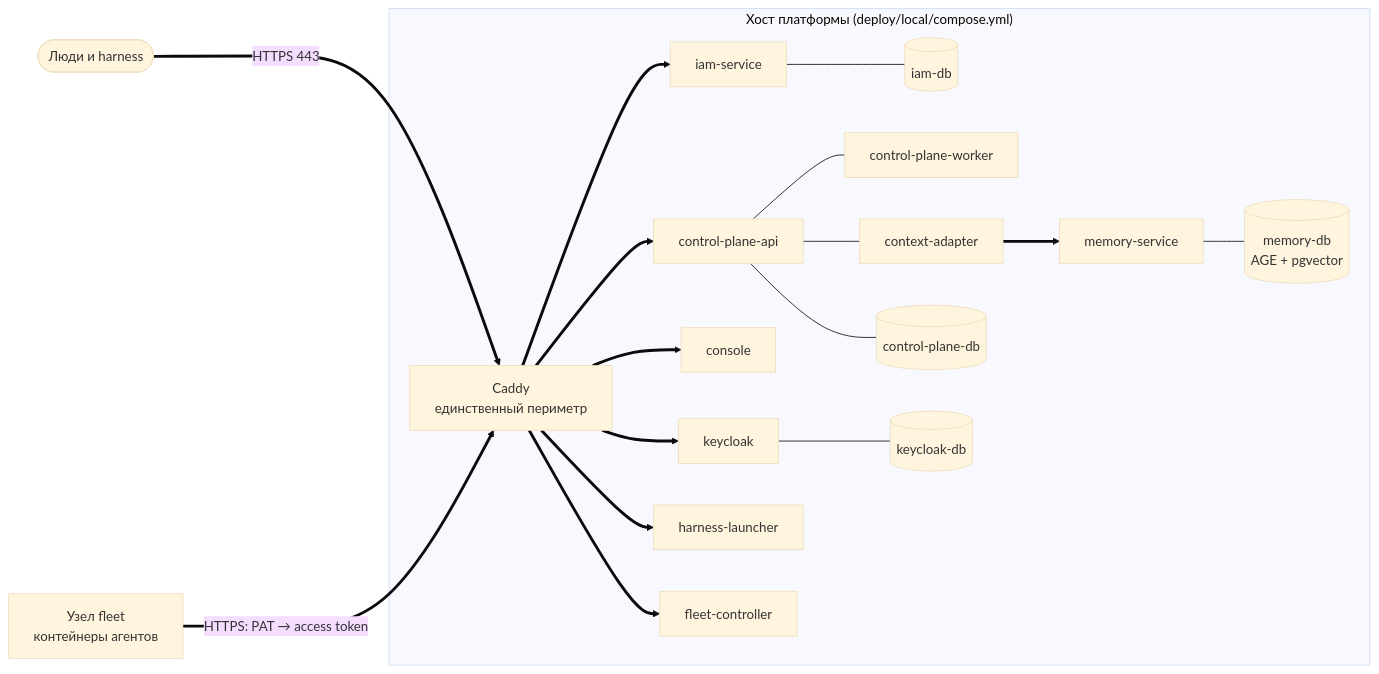
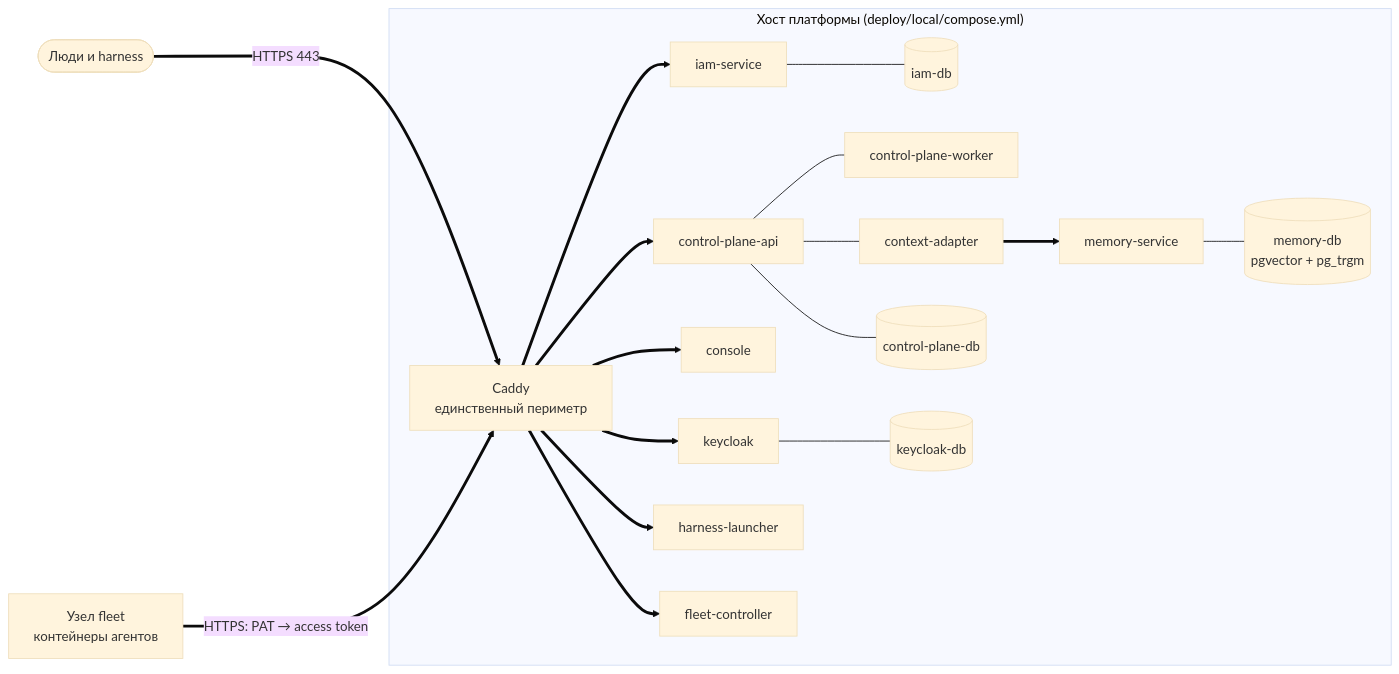
Before and after one commit to taimen-ai/taimen: the diagram in guide/docs/operations/index.ru.md, drawn with Mermaid (base theme). The commit also changed other lines of this file and 33 other files, not shown here.

Commit message:
guide: memory graph in PostgreSQL tables, not Apache AGE (regenerated from the platform guide)

````diff
--- a/guide/docs/operations/index.ru.md
+++ b/guide/docs/operations/index.ru.md
@@ -15,21 +15,21 @@
 ```mermaid
 flowchart LR
     user([Люди и harness]) ==>|HTTPS 443| caddy
     subgraph host["Хост платформы (deploy/local/compose.yml)"]
         caddy[Caddy<br/>единственный периметр]
         caddy ==> iam[iam-service]
         caddy ==> cp[control-plane-api]
         caddy ==> con[console]
         caddy ==> kc[keycloak]
         caddy ==> hl[harness-launcher]
         caddy ==> fc[fleet-controller]
         kc --- kcdb[(keycloak-db)]
         cp --- worker[control-plane-worker]
         cp --- adapter[context-adapter]
         adapter ==> mem[memory-service]
         iam --- iamdb[(iam-db)]
         cp --- cpdb[(control-plane-db)]
-        mem --- memdb[(memory-db<br/>AGE + pgvector)]
+        mem --- memdb[(memory-db<br/>pgvector + pg_trgm)]
     end
     runner[Узел fleet<br/>контейнеры агентов] ==>|HTTPS: PAT → access token| caddy
 ```
````
